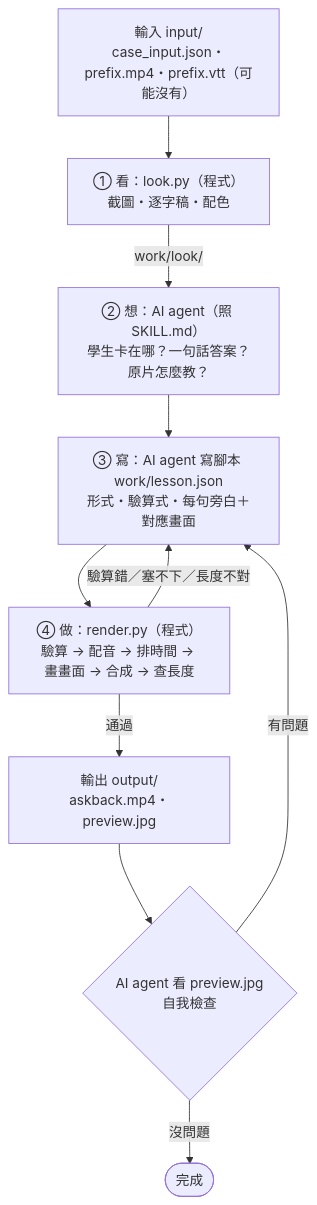
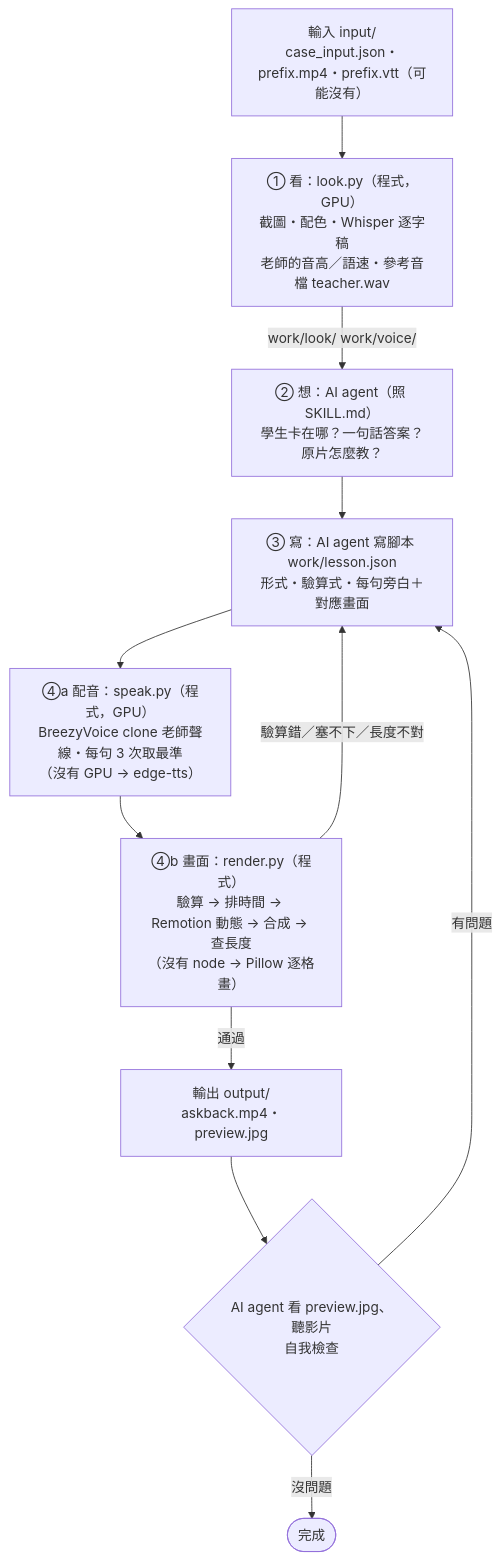
The diagram in README.md (47zzz/askback-skill), drawn with Mermaid before and after one commit. The commit also changed other lines of this file and 37 other files, not shown here.

First line of the commit message:
skill: 3090 本機流程、clone 原片老師聲線、Remotion 畫面引擎

````diff
--- a/README.md
+++ b/README.md
@@ -24,17 +25,18 @@
 ```mermaid
 flowchart TD
     IN["輸入 input/<br/>case_input.json・prefix.mp4・prefix.vtt（可能沒有）"]
-    LOOK["① 看：look.py（程式）<br/>截圖・逐字稿・配色"]
+    LOOK["① 看：look.py（程式，GPU）<br/>截圖・配色・Whisper 逐字稿<br/>老師的音高／語速・參考音檔 teacher.wav"]
     THINK["② 想：AI agent（照 SKILL.md）<br/>學生卡在哪？一句話答案？原片怎麼教？"]
     WRITE["③ 寫：AI agent 寫腳本 work/lesson.json<br/>形式・驗算式・每句旁白＋對應畫面"]
-    RENDER["④ 做：render.py（程式）<br/>驗算 → 配音 → 排時間 → 畫畫面 → 合成 → 查長度"]
+    SPEAK["④a 配音：speak.py（程式，GPU）<br/>BreezyVoice clone 老師聲線・每句 3 次取最準<br/>（沒有 GPU → edge-tts）"]
+    RENDER["④b 畫面：render.py（程式）<br/>驗算 → 排時間 → Remotion 動態 → 合成 → 查長度<br/>（沒有 node → Pillow 逐格畫）"]
     OUT["輸出 output/<br/>askback.mp4・preview.jpg"]
-    CHECK{"AI agent 看 preview.jpg<br/>自我檢查"}
+    CHECK{"AI agent 看 preview.jpg、聽影片<br/>自我檢查"}
     DONE(["完成"])
 
-    IN --> LOOK -->|work/look/| THINK --> WRITE --> RENDER
+    IN --> LOOK -->|work/look/ work/voice/| THINK --> WRITE --> SPEAK --> RENDER
     RENDER -->|通過| OUT --> CHECK
     RENDER -->|驗算錯／塞不下／長度不對| WRITE
     CHECK -->|有問題| WRITE
     CHECK -->|沒問題| DONE
 ```
````
